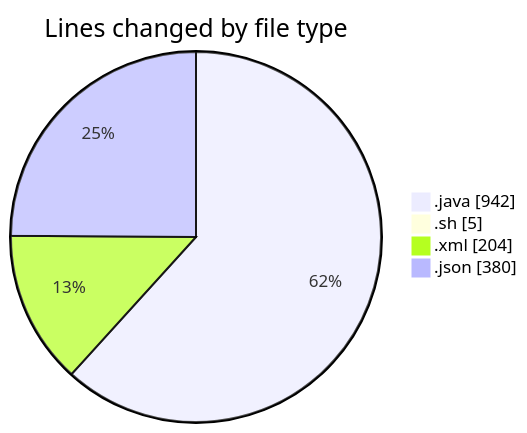
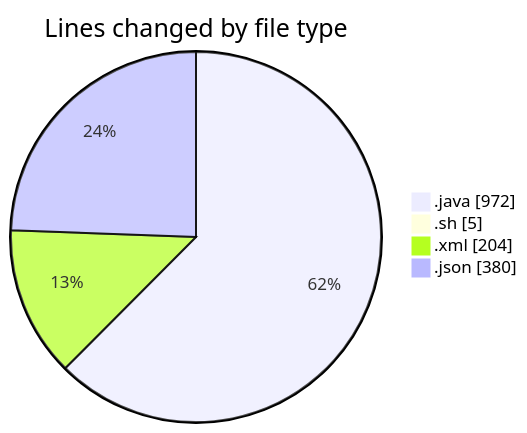
One commit to charlie-sans/code-tracking changed the first of 2 diagrams in 2025-02-19/micros/README.md. Above: the diagram before and after it, drawn with Mermaid. The commit also changed other lines of this file and 1 other file, not shown here.

````diff
--- a/2025-02-19/micros/README.md
+++ b/2025-02-19/micros/README.md
@@ -30,8 +30,8 @@
 ```mermaid
 pie showData
 title Lines changed by file type
-".java" : 942
+".java" : 972
 ".sh" : 5
 ".xml" : 204
 ".json" : 380
 ```
````
